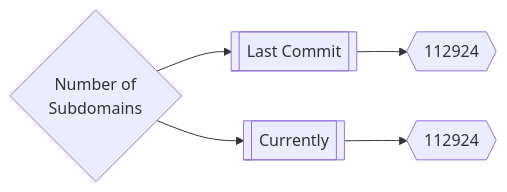
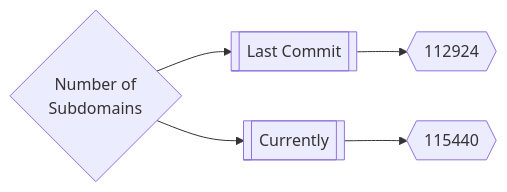
Before and after one commit to trickest/inventory: the first of 3 diagrams in README.md, drawn with Mermaid. The commit also changed other lines of this file, not shown here.

````diff
--- a/README.md
+++ b/README.md
@@ -165,5 +165,5 @@
 ```mermaid
 graph LR
 title{Number of<br>Subdomains} --> subdomainsDate1[[Last Commit]] --> subdomainsNum1{{112924}}
-title --> subdomainsDate2[[Currently]] --> subdomainsNum2{{112924}}
+title --> subdomainsDate2[[Currently]] --> subdomainsNum2{{115440}}
 ```
````
